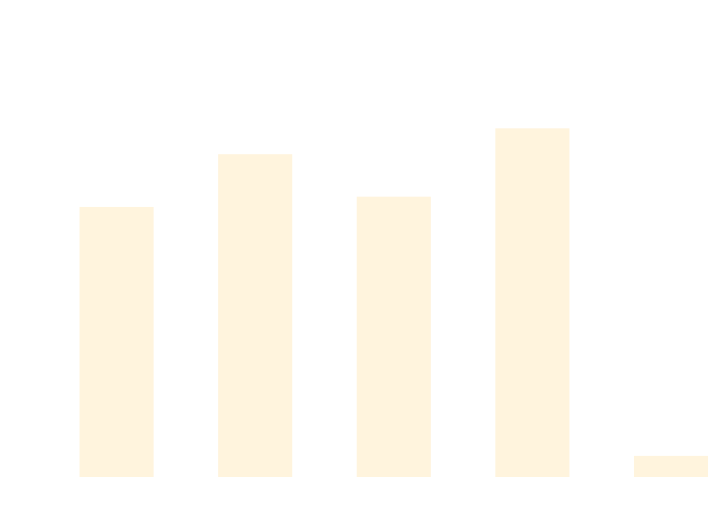
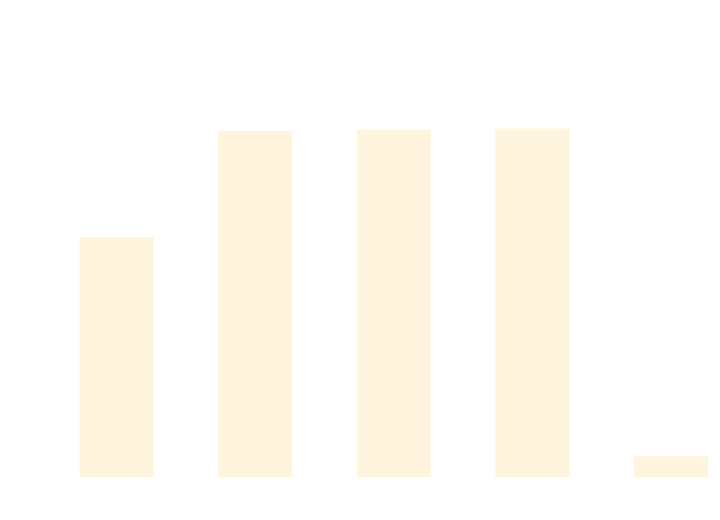
The diagram in docs/docs/benchmarks/DataDrivenTests.md (thomhurst/TUnit), drawn with Mermaid before and after one commit. The commit also changed other lines of this file and 17 other files, not shown here.

````diff
--- a/docs/docs/benchmarks/DataDrivenTests.md
+++ b/docs/docs/benchmarks/DataDrivenTests.md
@@ -27,37 +27,37 @@
 ```mermaid
 %%{init: {
   'theme':'base',
   'themeVariables': {
     'primaryColor': '#2563eb',
     'primaryTextColor': '#ffffff',
     'primaryBorderColor': '#1e40af',
     'lineColor': '#6b7280',
     'secondaryColor': '#7c3aed',
     'tertiaryColor': '#dc2626',
     'background': '#ffffff',
     'mainBkg': '#2563eb',
     'secondBkg': '#7c3aed',
     'tertiaryBkg': '#dc2626',
     'clusterBkg': '#f3f4f6',
     'edgeLabelBackground': '#ffffff',
     'tertiaryTextColor': '#1f2937',
     'pie1': '#2563eb',
     'pie2': '#7c3aed',
     'pie3': '#dc2626',
     'pie4': '#f59e0b',
     'pie5': '#10b981',
     'pie6': '#06b6d4',
     'pie7': '#ec4899',
     'pie8': '#6366f1',
     'pie9': '#84cc16',
     'pie10': '#f97316',
     'pie11': '#14b8a6',
     'pie12': '#a855f7'
   }
 }}%%
 xychart-beta
   title "DataDrivenTests Performance Comparison"
   x-axis ["TUnit", "NUnit", "MSTest", "xUnit3", "TUnit_AOT"]
-  y-axis "Time (ms)" 0 --> 702
-  bar [449.81, 540.28, 467.43, 584.73, 22.53]
+  y-axis "Time (ms)" 0 --> 792
+  bar [448.93, 654.66, 656.98, 659.36, 24.56]
 ```
````
